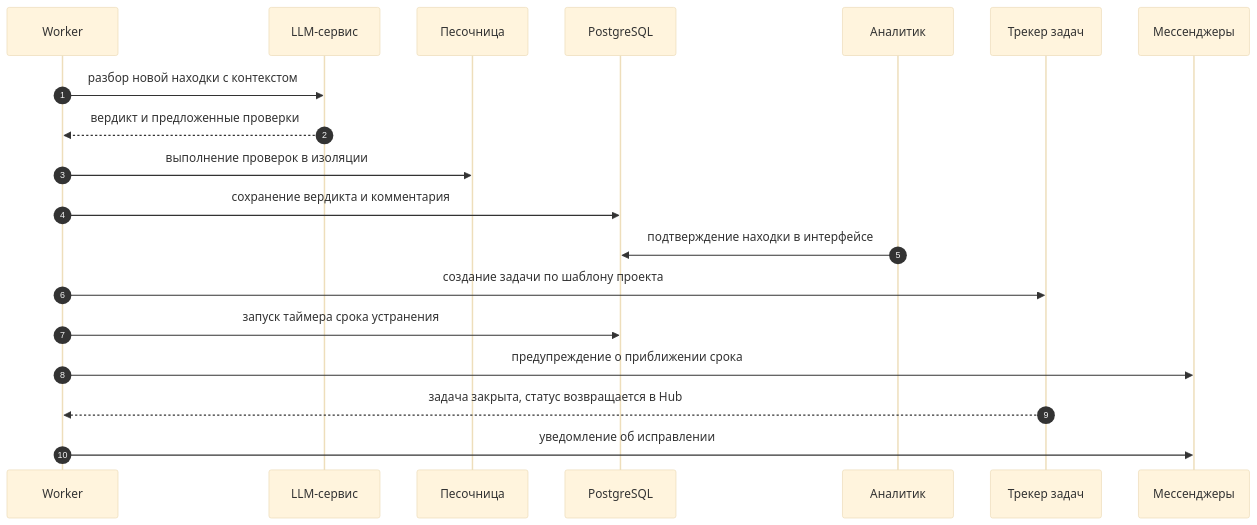
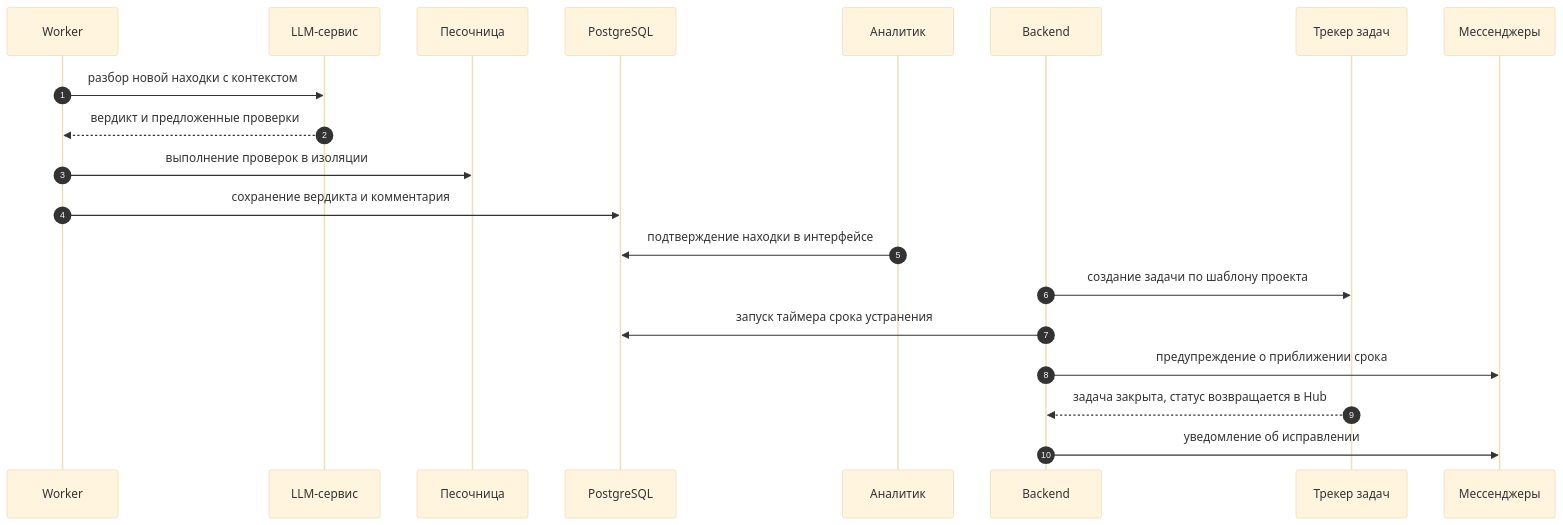
One commit to s3m4rgl/hub-docs changed the sixth of 8 diagrams in docs/use-cases.md. Above: the diagram before and after it, drawn with Mermaid (base theme). The commit also changed other lines of this file and 53 other files, not shown here.

````diff
--- a/docs/use-cases.md
+++ b/docs/use-cases.md
@@ -269,22 +269,23 @@
 ```mermaid
 sequenceDiagram
     autonumber
     participant W as Worker
     participant L as LLM-сервис
     participant S as Песочница
     participant DB as PostgreSQL
     participant U as Аналитик
+    participant B as Backend
     participant J as Трекер задач
     participant C as Мессенджеры
 
     W->>L: разбор новой находки с контекстом
     L-->>W: вердикт и предложенные проверки
     W->>S: выполнение проверок в изоляции
     W->>DB: сохранение вердикта и комментария
     U->>DB: подтверждение находки в интерфейсе
-    W->>J: создание задачи по шаблону проекта
-    W->>DB: запуск таймера срока устранения
-    W->>C: предупреждение о приближении срока
-    J-->>W: задача закрыта, статус возвращается в Hub
-    W->>C: уведомление об исправлении
+    B->>J: создание задачи по шаблону проекта
+    B->>DB: запуск таймера срока устранения
+    B->>C: предупреждение о приближении срока
+    J-->>B: задача закрыта, статус возвращается в Hub
+    B->>C: уведомление об исправлении
 ```
````
